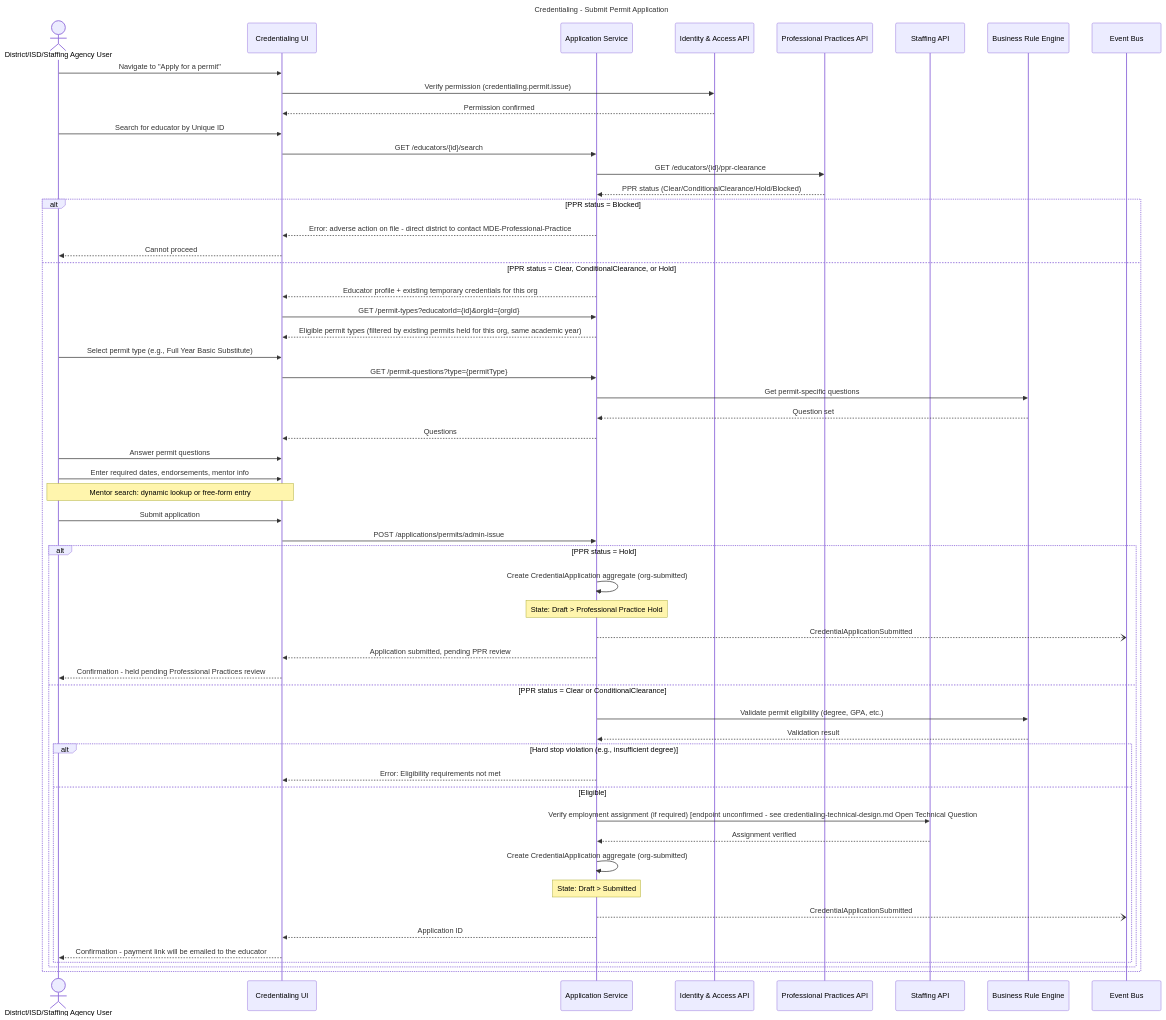
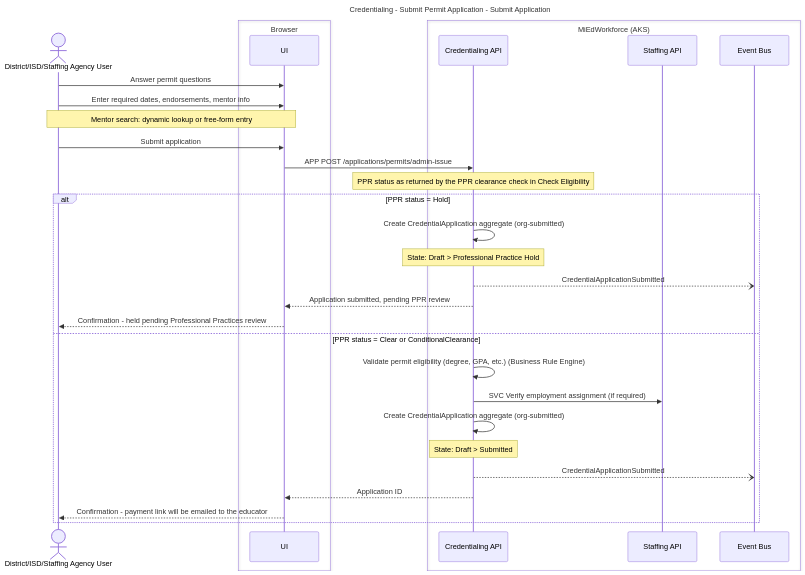
Before and after one commit to mnichols-dl/mied-design: the fourth of 23 diagrams in working-docs/solution-areas/credentialing/credentialing-sequences.md, drawn with Mermaid. The commit also changed other lines of this file and 34 other files, not shown here.

Commit message:
Update sequences and perform RTM assessment

````diff
--- a/working-docs/solution-areas/credentialing/credentialing-sequences.md
+++ b/working-docs/solution-areas/credentialing/credentialing-sequences.md
@@ -118,71 +216,42 @@
 ```mermaid
 ---
-title: Credentialing - Submit Permit Application
+title: Credentialing - Submit Permit Application - Submit Application
 ---
 sequenceDiagram
     actor Admin as District/ISD/Staffing Agency User
-    participant UI as Credentialing UI
-    participant AppService as Application Service
-    participant IAM as Identity & Access API
-    participant PPR as Professional Practices API
-    participant Staffing as Staffing API
-    participant BRM as Business Rule Engine
-    participant EventBus as Event Bus
+    box Browser
+        participant UI
+    end
+    box MiEdWorkforce (AKS)
+        participant CredApi as Credentialing API
+        participant StaffingApi as Staffing API
+        participant EventBus as Event Bus
+    end
 
-    Admin->>UI: Navigate to "Apply for a permit"
-    UI->>IAM: Verify permission (credentialing.permit.issue)
-    IAM-->>UI: Permission confirmed
+    Admin->>UI: Answer permit questions
+    Admin->>UI: Enter required dates, endorsements, mentor info
 
-    Admin->>UI: Search for educator by Unique ID
-    UI->>AppService: GET /educators/{id}/search
-    AppService->>PPR: GET /educators/{id}/ppr-clearance
-    PPR-->>AppService: PPR status (Clear/ConditionalClearance/Hold/Blocked)
+    Note over Admin,UI: Mentor search: dynamic lookup or free-form entry
 
-    alt PPR status = Blocked
-        AppService-->>UI: Error: adverse action on file - direct district to contact MDE-Professional-Practice
-        UI-->>Admin: Cannot proceed
-    else PPR status = Clear, ConditionalClearance, or Hold
-        AppService-->>UI: Educator profile + existing temporary credentials for this org
-        UI->>AppService: GET /permit-types?educatorId={id}&orgId={orgId}
-        AppService-->>UI: Eligible permit types (filtered by existing permits held for this org, same academic year)
+    Admin->>UI: Submit application
+    UI->>CredApi: APP POST /applications/permits/admin-issue
+    Note over CredApi: PPR status as returned by the PPR clearance check in Check Eligibility
 
-        Admin->>UI: Select permit type (e.g., Full Year Basic Substitute)
-        UI->>AppService: GET /permit-questions?type={permitType}
-        AppService->>BRM: Get permit-specific questions
-        BRM-->>AppService: Question set
-        AppService-->>UI: Questions
+    alt PPR status = Hold
+        CredApi->>CredApi: Create CredentialApplication aggregate (org-submitted)
+        Note over CredApi: State: Draft > Professional Practice Hold
+        CredApi--)EventBus: CredentialApplicationSubmitted
+        CredApi-->>UI: Application submitted, pending PPR review
+        UI-->>Admin: Confirmation - held pending Professional Practices review
+    else PPR status = Clear or ConditionalClearance
+        CredApi->>CredApi: Validate permit eligibility (degree, GPA, etc.) (Business Rule Engine)
+        CredApi->>StaffingApi: SVC Verify employment assignment (if required)
 
-        Admin->>UI: Answer permit questions
-        Admin->>UI: Enter required dates, endorsements, mentor info
+        CredApi->>CredApi: Create CredentialApplication aggregate (org-submitted)
+        Note over CredApi: State: Draft > Submitted
 
-        Note over Admin,UI: Mentor search: dynamic lookup or free-form entry
-
-        Admin->>UI: Submit application
-        UI->>AppService: POST /applications/permits/admin-issue
-
-        alt PPR status = Hold
-            AppService->>AppService: Create CredentialApplication aggregate (org-submitted)
-            Note over AppService: State: Draft > Professional Practice Hold
-            AppService--)EventBus: CredentialApplicationSubmitted
-            AppService-->>UI: Application submitted, pending PPR review
-            UI-->>Admin: Confirmation - held pending Professional Practices review
-        else PPR status = Clear or ConditionalClearance
-            AppService->>BRM: Validate permit eligibility (degree, GPA, etc.)
-            BRM-->>AppService: Validation result
-
-            alt Hard stop violation (e.g., insufficient degree)
-                AppService-->>UI: Error: Eligibility requirements not met
-            else Eligible
-                AppService->>Staffing: Verify employment assignment (if required) [endpoint unconfirmed - see credentialing-technical-design.md Open Technical Question #8]
-                Staffing-->>AppService: Assignment verified
-
-                AppService->>AppService: Create CredentialApplication aggregate (org-submitted)
-                Note over AppService: State: Draft > Submitted
-
-                AppService--)EventBus: CredentialApplicationSubmitted
-                AppService-->>UI: Application ID
-                UI-->>Admin: Confirmation - payment link will be emailed to the educator
-            end
-        end
+        CredApi--)EventBus: CredentialApplicationSubmitted
+        CredApi-->>UI: Application ID
+        UI-->>Admin: Confirmation - payment link will be emailed to the educator
     end
 ```
````
